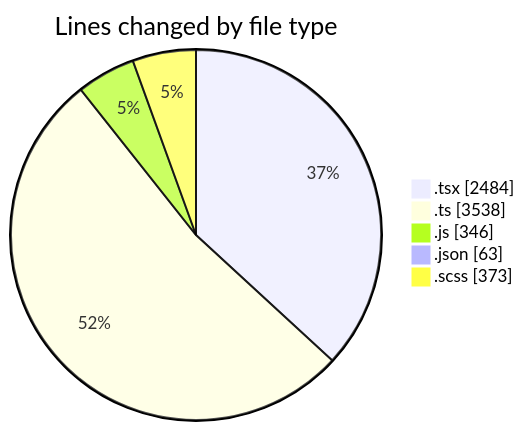
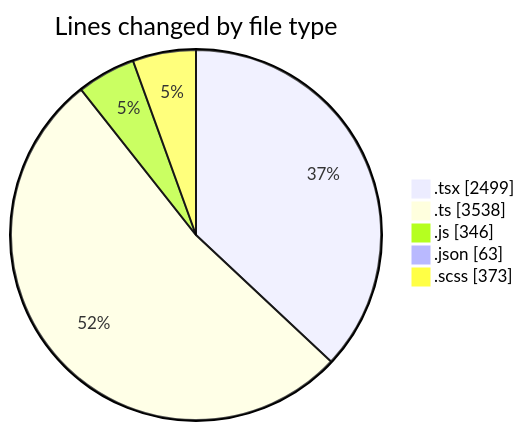
The first of 2 diagrams in 2025-12-01/cda/README.md (momahboobian/code-tracking), drawn with Mermaid before and after one commit. The commit also changed other lines of this file and 1 other file, not shown here.

````diff
--- a/2025-12-01/cda/README.md
+++ b/2025-12-01/cda/README.md
@@ -33,9 +33,9 @@
 ```mermaid
 pie showData
 title Lines changed by file type
-".tsx" : 2484
+".tsx" : 2499
 ".ts" : 3538
 ".js" : 346
 ".json" : 63
 ".scss" : 373
 ```
````
